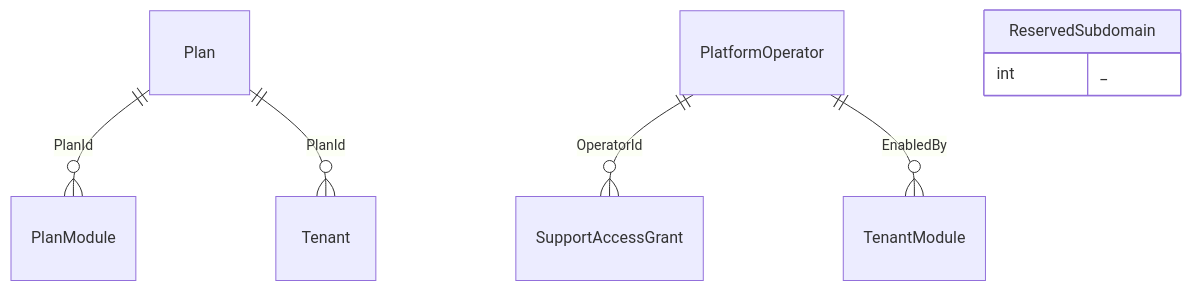
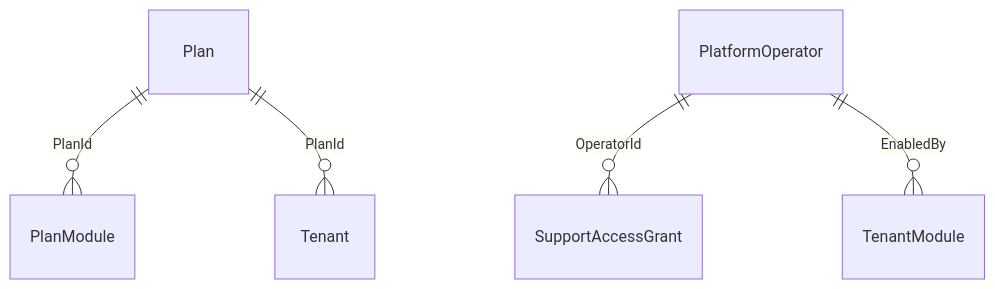
One commit to thawrasy/smartlines changed the first of 20 diagrams in treasury-platform/docs/22-erd-by-schema.md. Above: the diagram before and after it, drawn with Mermaid. The commit also changed other lines of this file and 38 other files, not shown here.

First line of the commit message:
Embed ERD, isolation, access-role and lifecycle diagrams in the database design document (v0.2)

````diff
--- a/treasury-platform/docs/22-erd-by-schema.md
+++ b/treasury-platform/docs/22-erd-by-schema.md
@@ -7,8 +7,7 @@
 ```mermaid
 erDiagram
   Plan ||--o{ PlanModule : "PlanId"
   Plan ||--o{ Tenant : "PlanId"
   PlatformOperator ||--o{ SupportAccessGrant : "OperatorId"
   PlatformOperator ||--o{ TenantModule : "EnabledBy"
-  ReservedSubdomain { int _ }
 ```
````
